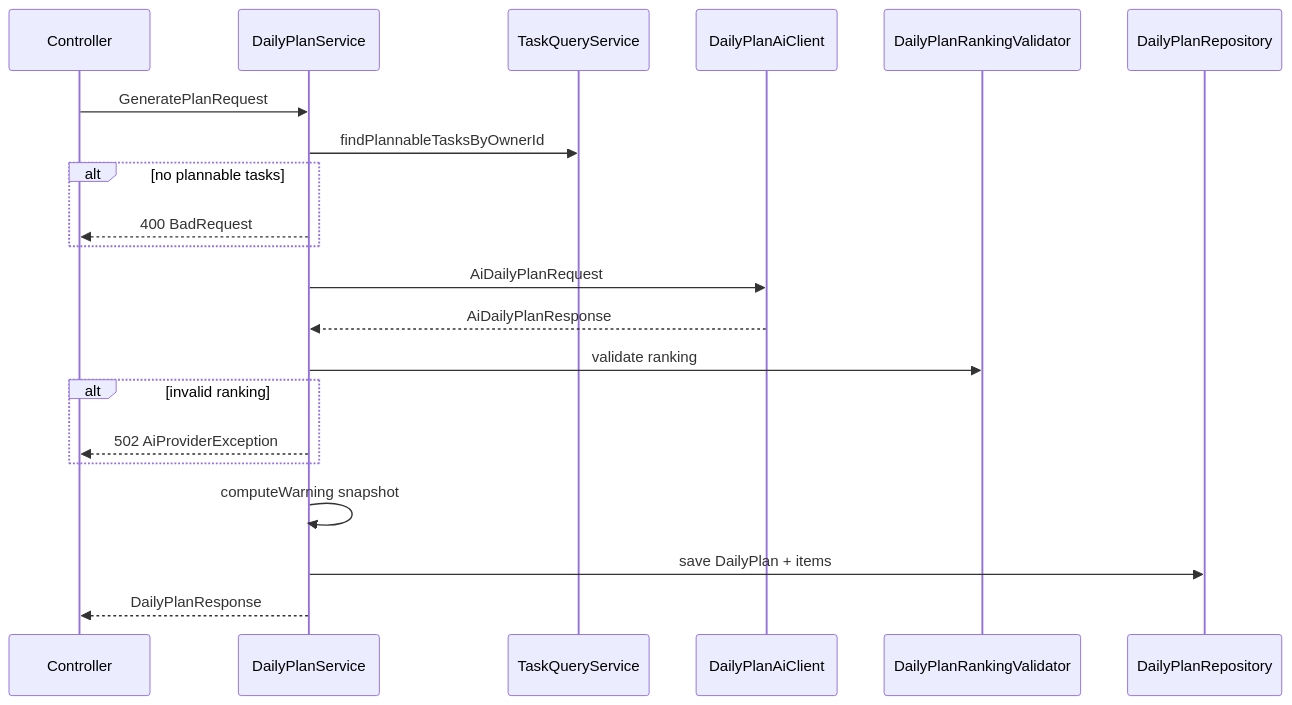
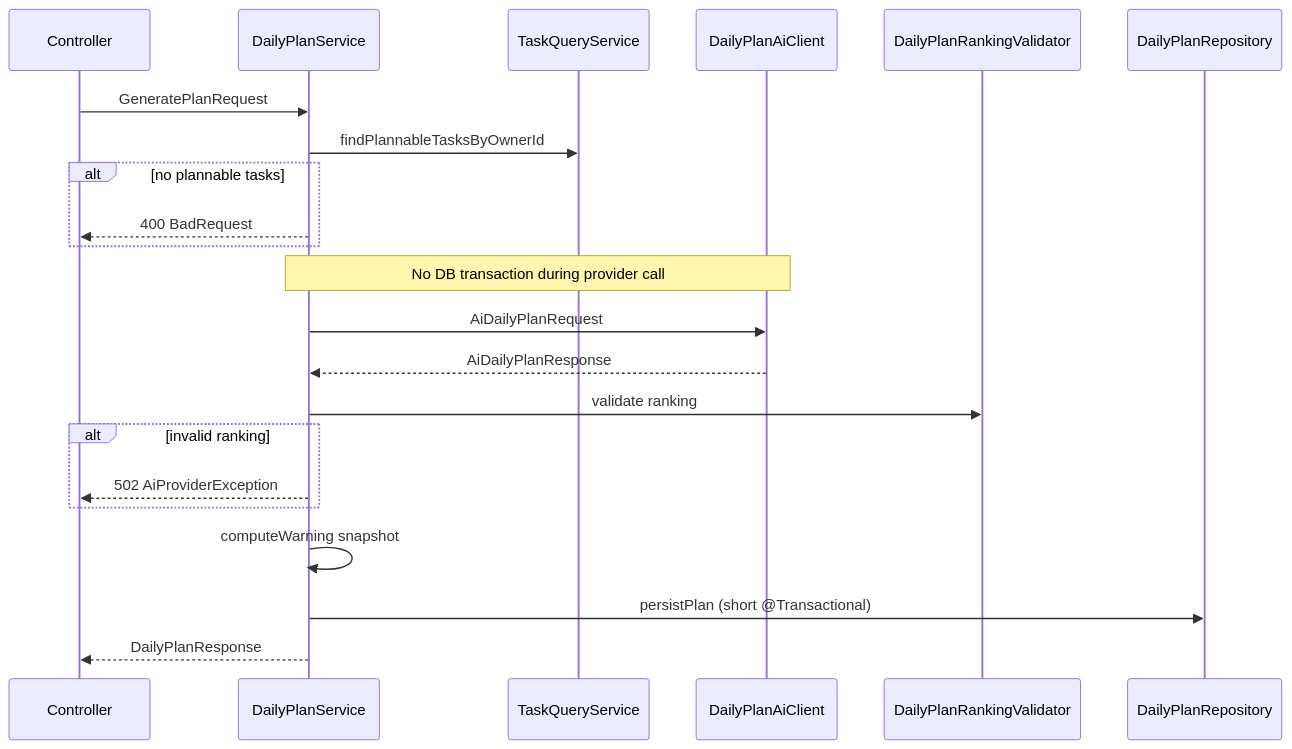
Before and after one commit to xiashuidaolaoshuren/java_project: the third of 4 diagrams in docs/architecture.md, drawn with Mermaid. The commit also changed other lines of this file and 3 other files, not shown here.

First line of the commit message:
docs: update API, architecture, and README for 1.1.0 T8

````diff
--- a/docs/architecture.md
+++ b/docs/architecture.md
@@ -124,23 +147,24 @@
 ```mermaid
 sequenceDiagram
   participant Controller
   participant PlanService as DailyPlanService
   participant TaskQuery as TaskQueryService
   participant AI as DailyPlanAiClient
   participant Validator as DailyPlanRankingValidator
   participant Repo as DailyPlanRepository
   Controller->>PlanService: GeneratePlanRequest
   PlanService->>TaskQuery: findPlannableTasksByOwnerId
   alt no plannable tasks
     PlanService-->>Controller: 400 BadRequest
   end
+  Note over PlanService,AI: No DB transaction during provider call
   PlanService->>AI: AiDailyPlanRequest
   AI-->>PlanService: AiDailyPlanResponse
   PlanService->>Validator: validate ranking
   alt invalid ranking
     PlanService-->>Controller: 502 AiProviderException
   end
   PlanService->>PlanService: computeWarning snapshot
-  PlanService->>Repo: save DailyPlan + items
+  PlanService->>Repo: persistPlan (short @Transactional)
   PlanService-->>Controller: DailyPlanResponse
 ```
````
